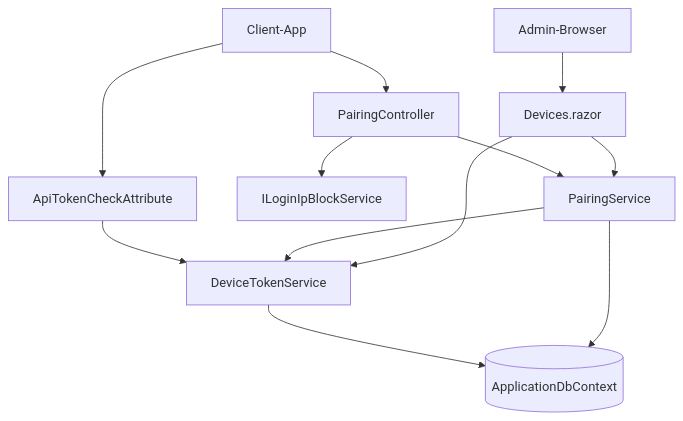
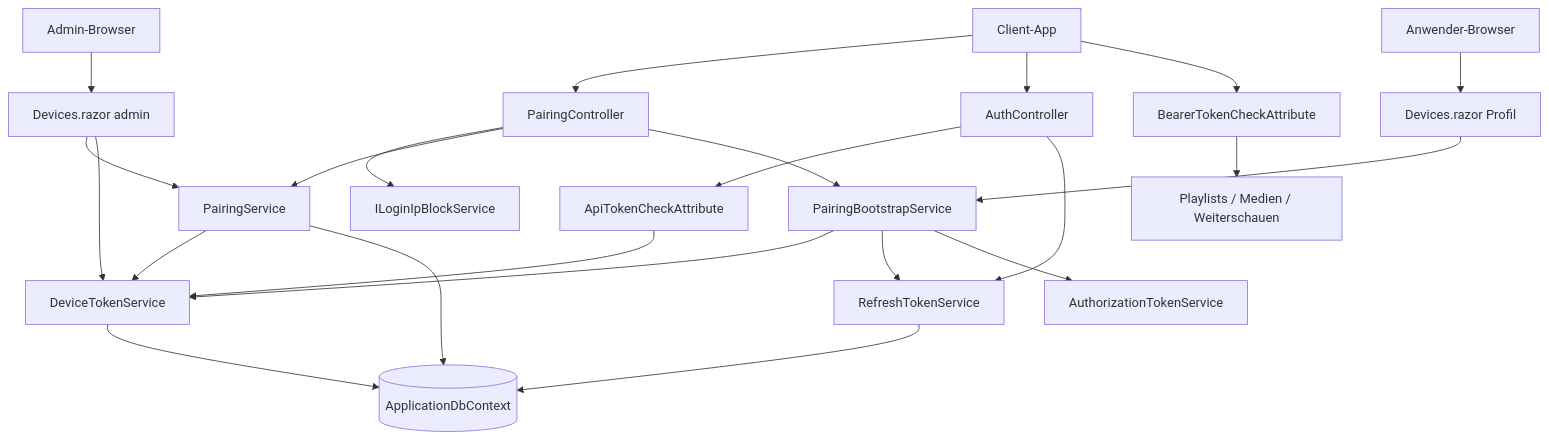
Before and after one commit to martin-stromberg/VideoPlayer: the diagram in docs/help/geraete/architektur.md, drawn with Mermaid. The commit also changed other lines of this file and 8 other files, not shown here.

````diff
--- a/docs/help/geraete/architektur.md
+++ b/docs/help/geraete/architektur.md
@@ -34,14 +75,25 @@
 ```mermaid
 graph TD
-    Admin[Admin-Browser] --> UI[Devices.razor]
+    Admin[Admin-Browser] --> UI[Devices.razor admin]
+    User[Anwender-Browser] --> Profile[Devices.razor Profil]
     UI --> PS[PairingService]
     UI --> DTS[DeviceTokenService]
+    Profile --> PBS[PairingBootstrapService]
     App[Client-App] --> PC[PairingController]
     PC --> IPB[ILoginIpBlockService]
     PC --> PS
+    PC --> PBS
+    PBS --> DTS
+    PBS --> RTS[RefreshTokenService]
+    PBS --> ATS[AuthorizationTokenService]
     PS --> DTS
     PS --> DB[(ApplicationDbContext)]
     DTS --> DB
-    App --> ATC[ApiTokenCheckAttribute]
+    RTS --> DB
+    App --> AC[AuthController]
+    AC --> ATC[ApiTokenCheckAttribute]
     ATC --> DTS
+    AC --> RTS
+    App --> BTC[BearerTokenCheckAttribute]
+    BTC --> API[Playlists / Medien / Weiterschauen]
 ```
````
